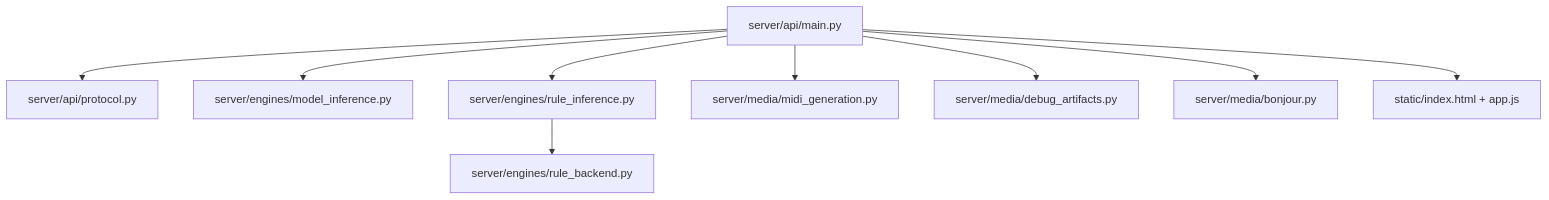
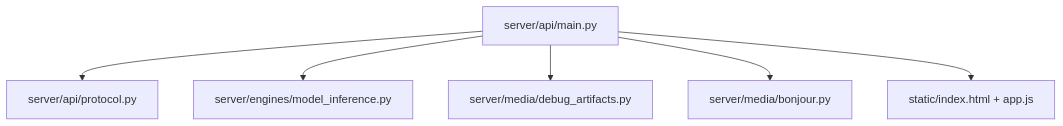
One commit to chiimagnus/Amoroso changed the fourth of 4 diagrams in docs/architecture.md. Above: the diagram before and after it, drawn with Mermaid. The commit also changed other lines of this file and 5 other files, not shown here.

````diff
--- a/docs/architecture.md
+++ b/docs/architecture.md
@@ -94,11 +94,8 @@
 ```mermaid
 flowchart TD
   API[server/api/main.py] --> PROTO[server/api/protocol.py]
   API --> MODEL[server/engines/model_inference.py]
-  API --> RULE[server/engines/rule_inference.py]
-  RULE --> RB[server/engines/rule_backend.py]
-  API --> MIDI[server/media/midi_generation.py]
   API --> DBG[server/media/debug_artifacts.py]
   API --> BONJOUR[server/media/bonjour.py]
   API --> STATIC[static/index.html + app.js]
 ```
````
